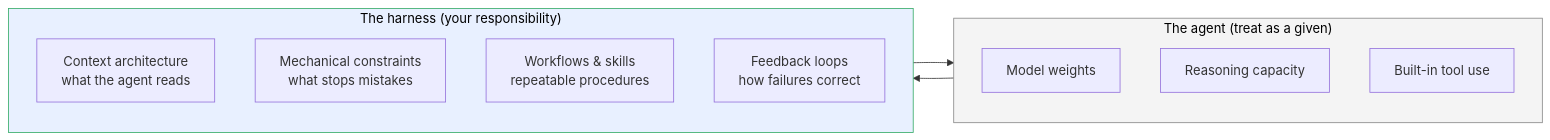
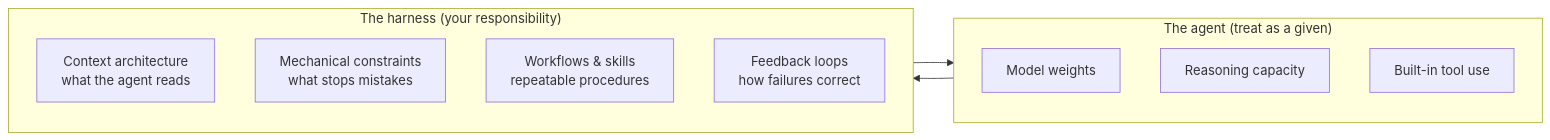
Before and after one commit to jsandino/ai-sandino: the first of 2 diagrams in src/content/harness-guide/03-part-1-foundations.md, drawn with Mermaid. The commit also changed other lines of this file and 6 other files, not shown here.

First line of the commit message:
refactor: colour the harness guide's diagrams by name

````diff
--- a/src/content/harness-guide/03-part-1-foundations.md
+++ b/src/content/harness-guide/03-part-1-foundations.md
@@ -26,23 +26,23 @@
 ```mermaid
 flowchart LR
     subgraph AGENT["The agent (treat as a given)"]
         direction TB
         MODEL[Model weights]
         REASONING[Reasoning capacity]
         TOOLS[Built-in tool use]
     end
 
     subgraph HARNESS["The harness (your responsibility)"]
         direction TB
         CONTEXT[Context architecture<br/>what the agent reads]
         CONSTRAINTS[Mechanical constraints<br/>what stops mistakes]
         CAPABILITIES[Workflows & skills<br/>repeatable procedures]
         LOOPS[Feedback loops<br/>how failures correct]
     end
 
     AGENT --> HARNESS
     HARNESS --> AGENT
 
-    style AGENT fill:#f4f4f4,stroke:#888,color:#000000
-    style HARNESS fill:#e8f0ff,stroke:#3a6,color:#000000
+    class AGENT neutral
+    class HARNESS sky
 ```
````
